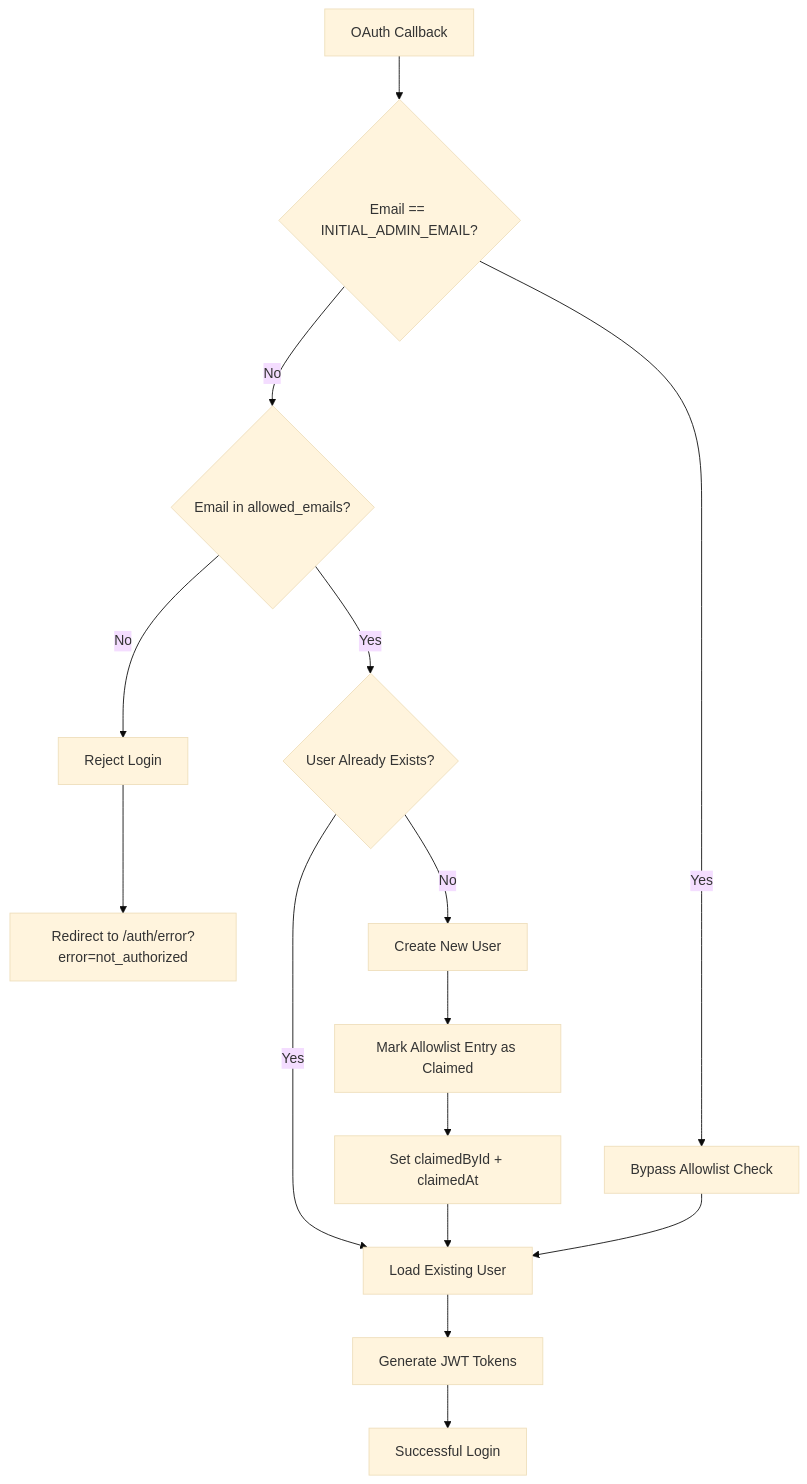
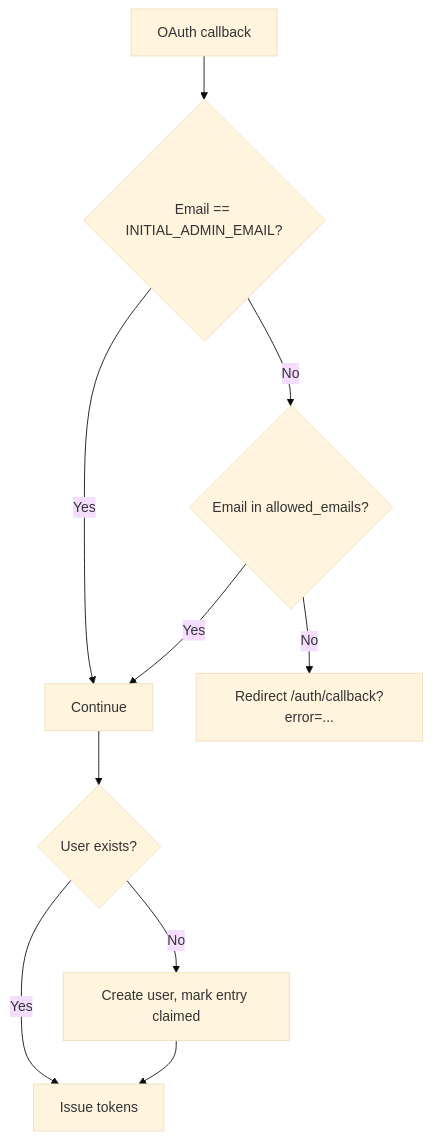
The fifth of 5 diagrams in docs/SECURITY-ARCHITECTURE.md (marinoscar/EnterpriseAppBase), drawn with Mermaid (base theme) before and after one commit. The commit also changed other lines of this file and 134 other files, not shown here.

````diff
--- a/docs/SECURITY-ARCHITECTURE.md
+++ b/docs/SECURITY-ARCHITECTURE.md
@@ -462,17 +400,12 @@
 ```mermaid
 flowchart TD
-    A[OAuth Callback] --> B{Email == INITIAL_ADMIN_EMAIL?}
-    B -->|Yes| J[Bypass Allowlist Check]
+    A[OAuth callback] --> B{Email == INITIAL_ADMIN_EMAIL?}
+    B -->|Yes| K[Continue]
     B -->|No| C{Email in allowed_emails?}
-    C -->|No| D[Reject Login]
-    D --> E[Redirect to /auth/error?error=not_authorized]
-    C -->|Yes| F{User Already Exists?}
-    F -->|Yes| K[Load Existing User]
-    F -->|No| G[Create New User]
-    G --> H[Mark Allowlist Entry as Claimed]
-    H --> I[Set claimedById + claimedAt]
-    I --> K
-    J --> K
-    K --> L[Generate JWT Tokens]
-    L --> M[Successful Login]
+    C -->|No| D["Redirect /auth/callback?error=..."]
+    C -->|Yes| K
+    K --> F{User exists?}
+    F -->|No| G[Create user, mark entry claimed]
+    F -->|Yes| L[Issue tokens]
+    G --> L
 ```
````
